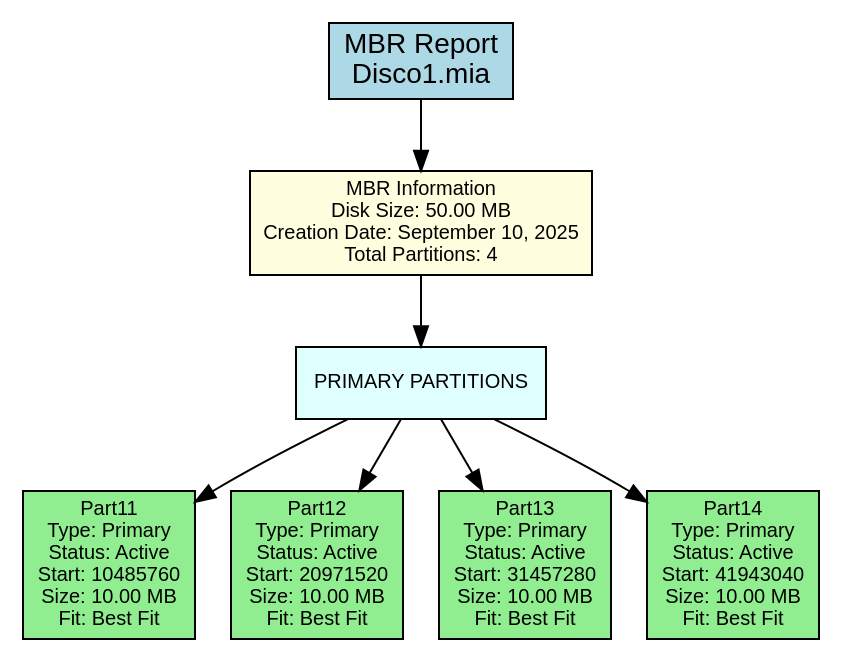
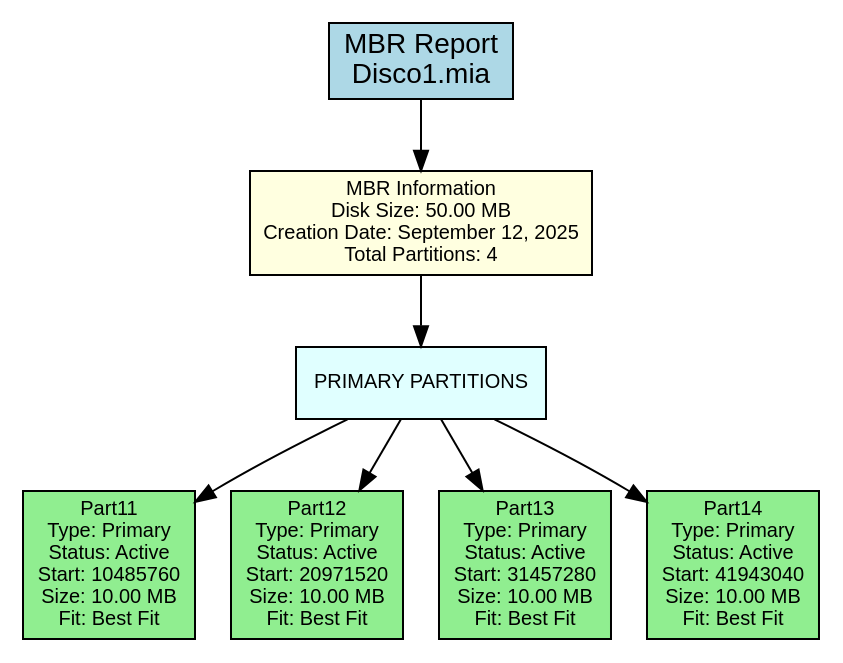
Before and after one commit to DiegVas/MIA_2S2025_P1_202300638: the diagram in backend/provider/reports/src/mbr_381A.dot, drawn with Graphviz. The commit also changed 10 other files, not shown here.

```diff
--- a/backend/provider/reports/src/mbr_381A.dot
+++ b/backend/provider/reports/src/mbr_381A.dot
@@ -1,24 +1,24 @@
 digraph MBR_Report {
     rankdir=TB;
     node [shape=box, style=filled];
     graph [fontname="Arial", fontsize=12];
     node [fontname="Arial", fontsize=10];
     edge [fontname="Arial"];
 
     title [label="MBR Report\nDisco1.mia", fillcolor=lightblue, fontsize=14];
 
-    mbr_info [label="MBR Information\nDisk Size: 50.00 MB\nCreation Date: September 10, 2025\nTotal Partitions: 4", fillcolor=lightyellow];
+    mbr_info [label="MBR Information\nDisk Size: 50.00 MB\nCreation Date: September 12, 2025\nTotal Partitions: 4", fillcolor=lightyellow];
 
     primary_section [label="PRIMARY PARTITIONS", shape=box, style=filled, fillcolor=lightcyan];
     primary_0 [label="Part11\nType: Primary\nStatus: Active\nStart: 10485760\nSize: 10.00 MB\nFit: Best Fit", fillcolor=lightgreen];
     primary_section -> primary_0;
     primary_1 [label="Part12\nType: Primary\nStatus: Active\nStart: 20971520\nSize: 10.00 MB\nFit: Best Fit", fillcolor=lightgreen];
     primary_section -> primary_1;
     primary_2 [label="Part13\nType: Primary\nStatus: Active\nStart: 31457280\nSize: 10.00 MB\nFit: Best Fit", fillcolor=lightgreen];
     primary_section -> primary_2;
     primary_3 [label="Part14\nType: Primary\nStatus: Active\nStart: 41943040\nSize: 10.00 MB\nFit: Best Fit", fillcolor=lightgreen];
     primary_section -> primary_3;
 
     title -> mbr_info;
     mbr_info -> primary_section;
 }
```
